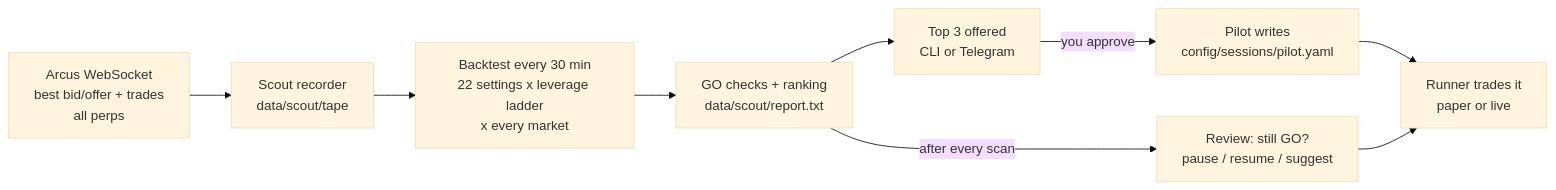
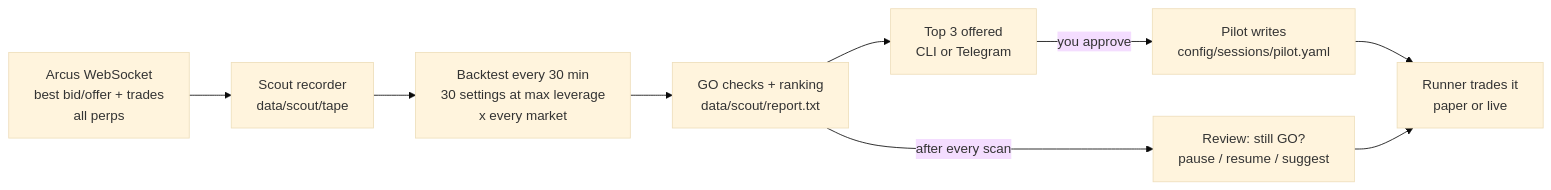
The diagram in README.md (dhruvamity/treading-bot), drawn with Mermaid (base theme) before and after one commit. The commit also changed other lines of this file and 27 other files, not shown here.

````diff
--- a/README.md
+++ b/README.md
@@ -64,11 +64,11 @@
 ```mermaid
 flowchart LR
     A[Arcus WebSocket<br/>best bid/offer + trades<br/>all perps] --> B[Scout recorder<br/>data/scout/tape]
-    B --> C[Backtest every 30 min<br/>22 settings x leverage ladder<br/>x every market]
+    B --> C[Backtest every 30 min<br/>30 settings at max leverage<br/>x every market]
     C --> D[GO checks + ranking<br/>data/scout/report.txt]
     D --> E[Top 3 offered<br/>CLI or Telegram]
     E -->|you approve| F[Pilot writes<br/>config/sessions/pilot.yaml]
     F --> G[Runner trades it<br/>paper or live]
     D -->|after every scan| H[Review: still GO?<br/>pause / resume / suggest]
     H --> G
 ```
````
